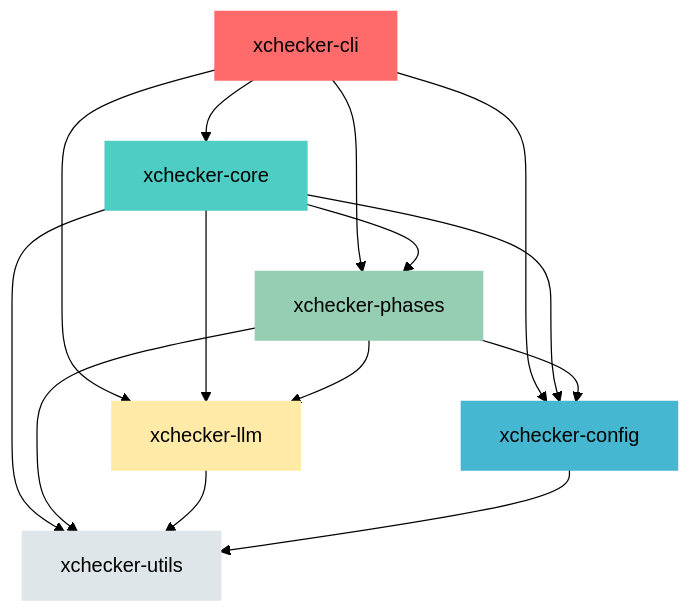
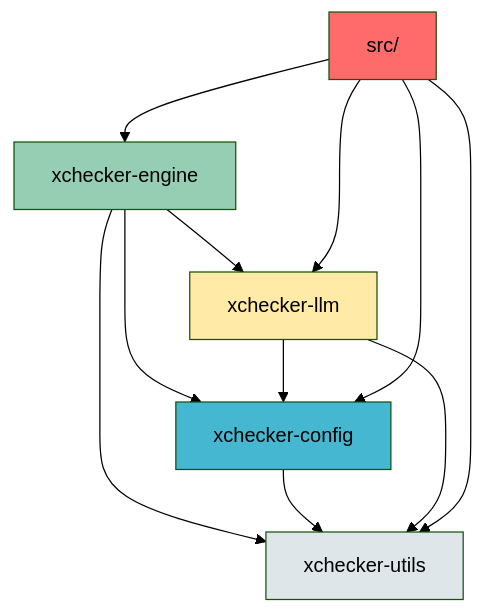
Before and after one commit to EffortlessMetrics/xchecker-dev: the first of 2 diagrams in plans/modularization-report.md, drawn with Mermaid (forest theme). The commit also changed other lines of this file and 9 other files, not shown here.

````diff
--- a/plans/modularization-report.md
+++ b/plans/modularization-report.md
@@ -130,33 +129,21 @@
 ```mermaid
 graph TD
-    CLI[xchecker-cli] --> CORE[xchecker-core]
-    CLI --> CONFIG[xchecker-config]
-    CLI --> PHASES[xchecker-phases]
-    CLI --> LLM[xchecker-llm]
+    ENGINE[xchecker-engine] --> UTILS[xchecker-utils]
+    ENGINE --> CONFIG[xchecker-config]
+    ENGINE --> LLM[xchecker-llm]
 
-    CORE --> CONFIG
-    CORE --> PHASES
-    CORE --> LLM
-    CORE --> UTILS[xchecker-utils]
+    CONFIG --> UTILS
+    LLM --> UTILS
+    LLM --> CONFIG
 
-    PHASES --> CONFIG
-    PHASES --> LLM
-    PHASES --> UTILS
+    SRC[src/] --> UTILS
+    SRC --> CONFIG
+    SRC --> LLM
+    SRC --> ENGINE
 
-    LLM --> UTILS
-    CONFIG --> UTILS
-
-    style CLI fill:#ff6b6b
-    style CORE fill:#4ecdc4
+    style UTILS fill:#dfe6e9
     style CONFIG fill:#45b7d1
-    style PHASES fill:#96ceb4
     style LLM fill:#ffeaa7
-    style UTILS fill:#dfe6e9
-
-    style CLI stroke:#ff6b6b,stroke-width:2px
-    style CORE stroke:#4ecdc4,stroke-width:2px
-    style CONFIG stroke:#45b7d1,stroke-width:2px
-    style PHASES stroke:#96ceb4,stroke-width:2px
-    style LLM stroke:#ffeaa7,stroke-width:2px
-    style UTILS stroke:#dfe6e9,stroke-width:2px
+    style ENGINE fill:#96ceb4
+    style SRC fill:#ff6b6b
 ```
````
